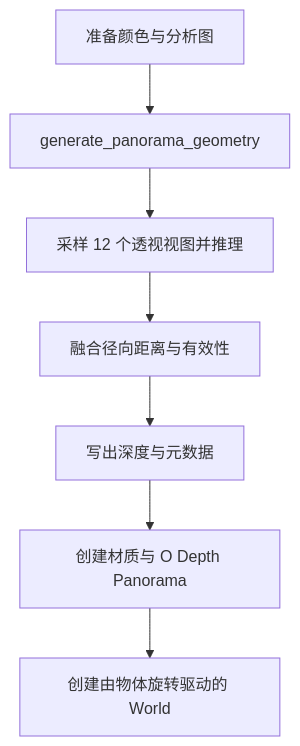
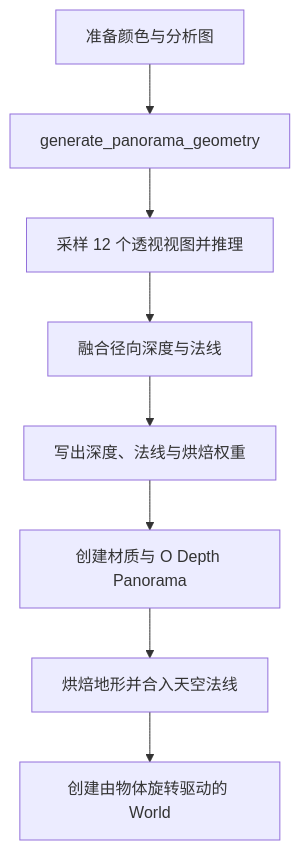
The diagram in docs/develop/operators/convert-to-panorama.md (OmooLab/AnyImage), drawn with Mermaid before and after one commit. The commit also changed other lines of this file and 18 other files, not shown here.

````diff
--- a/docs/develop/operators/convert-to-panorama.md
+++ b/docs/develop/operators/convert-to-panorama.md
@@ -5,9 +5,10 @@
 ```mermaid
 flowchart TD
     A[准备颜色与分析图] --> B[generate_panorama_geometry]
     B --> C[采样 12 个透视视图并推理]
-    C --> D[融合径向距离与有效性]
-    D --> E[写出深度与元数据]
+    C --> D[融合径向深度与法线]
+    D --> E[写出深度、法线与烘焙权重]
     E --> F[创建材质与 O Depth Panorama]
-    F --> G[创建由物体旋转驱动的 World]
+    F --> G[烘焙地形并合入天空法线]
+    G --> H[创建由物体旋转驱动的 World]
 ```
````
